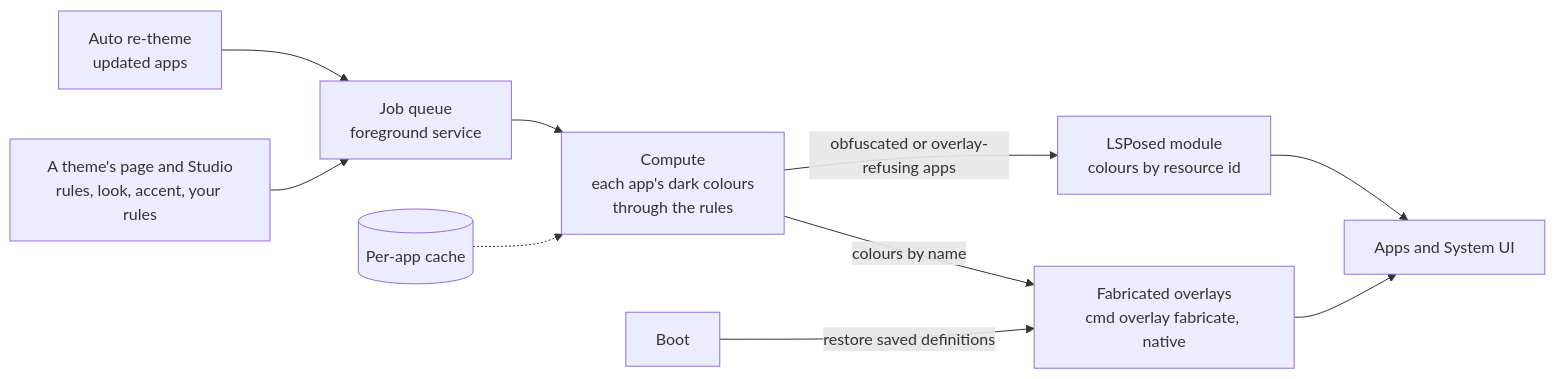
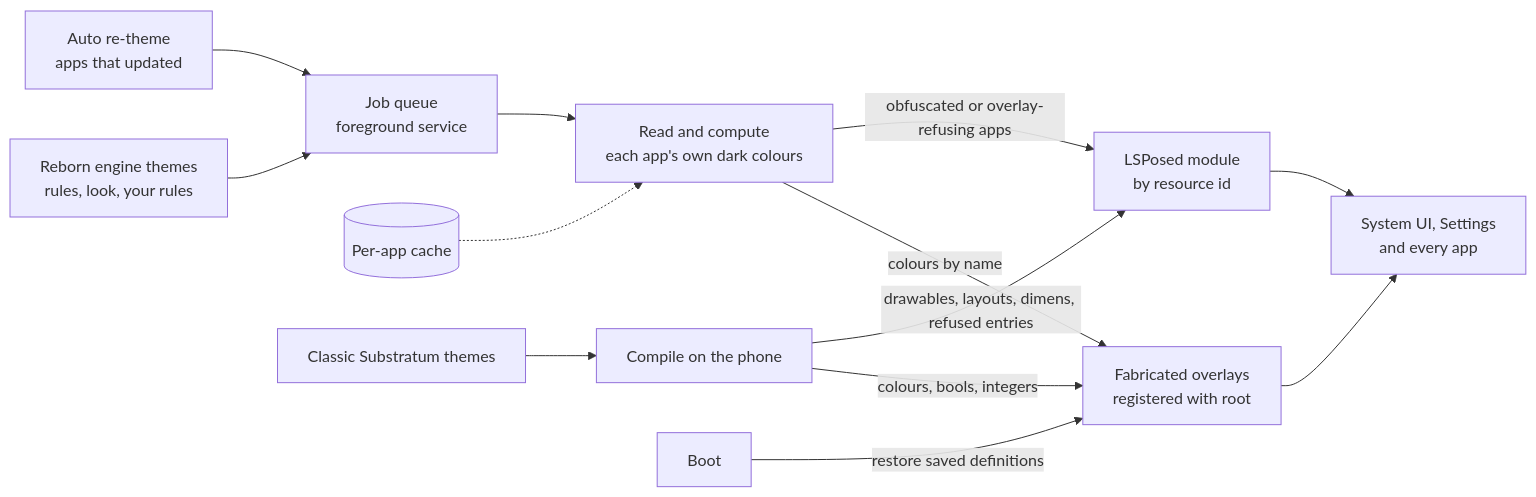
Before and after one commit to fahadalijaved/SubstratumReborn: the diagram in README.md, drawn with Mermaid. The commit also changed other lines of this file and 12 other files, not shown here.

````diff
--- a/README.md
+++ b/README.md
@@ -78,12 +86,15 @@
 ```mermaid
 flowchart LR
-    Studio["A theme's page and Studio<br/>rules, look, accent, your rules"] --> Queue["Job queue<br/>foreground service"]
-    Watch["Auto re-theme<br/>updated apps"] --> Queue
-    Queue --> Compute["Compute<br/>each app's dark colours<br/>through the rules"]
+    Rules["Reborn engine themes<br/>rules, look, your rules"] --> Queue["Job queue<br/>foreground service"]
+    Watch["Auto re-theme<br/>apps that updated"] --> Queue
+    Queue --> Compute["Read and compute<br/>each app's own dark colours"]
     Cache[("Per-app cache")] -.-> Compute
-    Compute -->|"colours by name"| Fabricated["Fabricated overlays<br/>cmd overlay fabricate, native"]
-    Compute -->|"obfuscated or overlay-refusing apps"| Module["LSPosed module<br/>colours by resource id"]
-    Fabricated --> Apps["Apps and System UI"]
+    Classic["Classic Substratum themes"] --> Compile["Compile on the phone"]
+    Compute -->|"colours by name"| Fabricated["Fabricated overlays<br/>registered with root"]
+    Compile -->|"colours, bools, integers"| Fabricated
+    Compute -->|"obfuscated or overlay-refusing apps"| Module["LSPosed module<br/>by resource id"]
+    Compile -->|"drawables, layouts, dimens, refused entries"| Module
+    Fabricated --> Apps["System UI, Settings<br/>and every app"]
     Module --> Apps
     Boot["Boot"] -->|"restore saved definitions"| Fabricated
 ```
````
